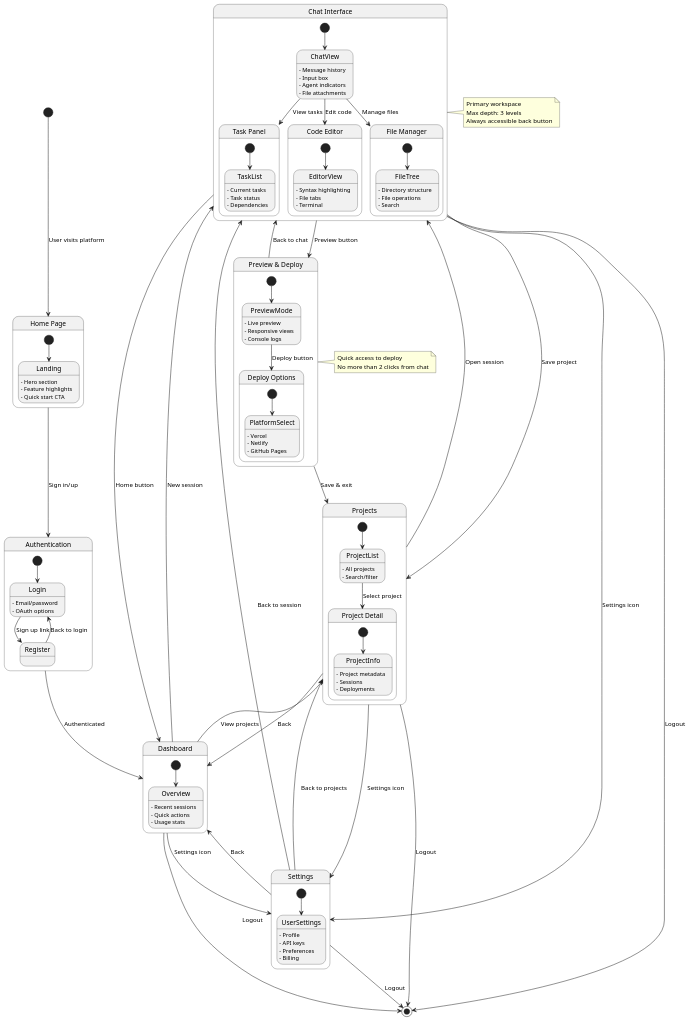
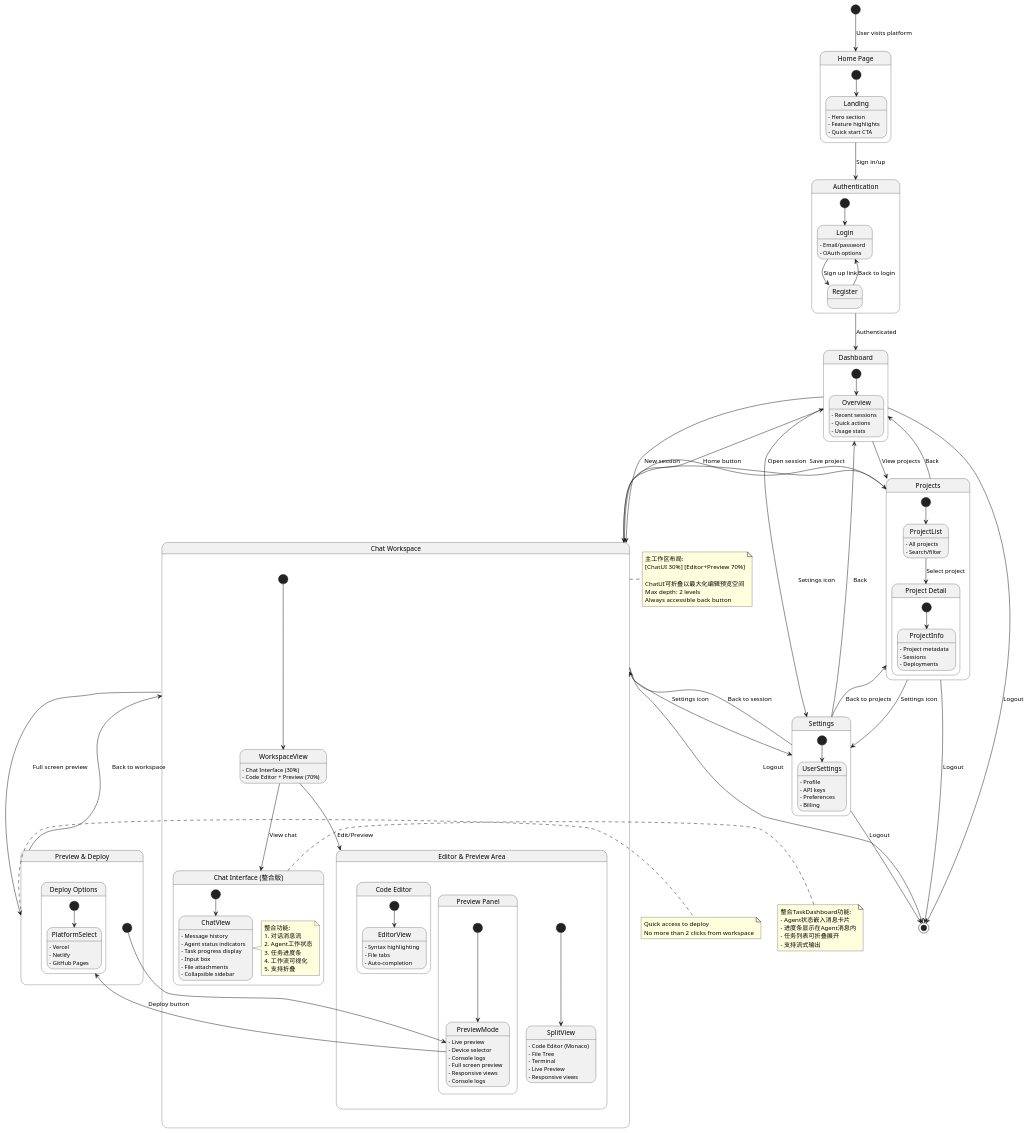
Before and after one commit to easysir/mgx-demo: the diagram in docs/design/ui_navigation.plantuml, drawn with PlantUML. The commit also changed 6 other files, not shown here.

Commit message:
更新设计文档与UML图

```diff
--- a/docs/design/ui_navigation.plantuml
+++ b/docs/design/ui_navigation.plantuml
@@ -1,139 +1,167 @@
 @startuml MGX_MVP_UI_Navigation
 
 [*] --> Home : User visits platform
 
 state "Home Page" as Home {
     [*] --> Landing
     Landing : - Hero section
     Landing : - Feature highlights
     Landing : - Quick start CTA
 }
 
 state "Authentication" as Auth {
     [*] --> Login
     Login : - Email/password
     Login : - OAuth options
     Login --> Register : Sign up link
     Register --> Login : Back to login
 }
 
 state "Dashboard" as Dashboard {
     [*] --> Overview
     Overview : - Recent sessions
     Overview : - Quick actions
     Overview : - Usage stats
 }
 
-state "Chat Interface" as Chat {
-    [*] --> ChatView
-    ChatView : - Message history
-    ChatView : - Input box
-    ChatView : - Agent indicators
-    ChatView : - File attachments
+state "Chat Workspace" as ChatWorkspace {
+    [*] --> WorkspaceView
+    WorkspaceView : - Chat Interface (30%)
+    WorkspaceView : - Code Editor + Preview (70%)
     
-    ChatView --> TaskPanel : View tasks
-    ChatView --> CodeEditor : Edit code
-    ChatView --> FileManager : Manage files
-    
-    state "Task Panel" as TaskPanel {
-        [*] --> TaskList
-        TaskList : - Current tasks
-        TaskList : - Task status
-        TaskList : - Dependencies
+    state "Chat Interface (整合版)" as ChatInterface {
+        [*] --> ChatView
+        ChatView : - Message history
+        ChatView : - Agent status indicators
+        ChatView : - Task progress display
+        ChatView : - Input box
+        ChatView : - File attachments
+        ChatView : - Collapsible sidebar
+        
+        note right of ChatView
+            整合功能:
+            1. 对话消息流
+            2. Agent工作状态
+            3. 任务进度条
+            4. 工作流可视化
+            5. 支持折叠
+        end note
     }
     
-    state "Code Editor" as CodeEditor {
-        [*] --> EditorView
-        EditorView : - Syntax highlighting
-        EditorView : - File tabs
-        EditorView : - Terminal
+    state "Editor & Preview Area" as EditorPreview {
+        [*] --> SplitView
+        SplitView : - Code Editor (Monaco)
+        SplitView : - File Tree
+        SplitView : - Terminal
+        SplitView : - Live Preview
+        SplitView : - Responsive views
+        
+        state "Code Editor" as CodeEditor {
+            [*] --> EditorView
+            EditorView : - Syntax highlighting
+            EditorView : - File tabs
+            EditorView : - Auto-completion
+        }
+        
+        state "Preview Panel" as PreviewPanel {
+            [*] --> PreviewMode
+            PreviewMode : - Live preview
+            PreviewMode : - Device selector
+            PreviewMode : - Console logs
+        }
     }
     
-    state "File Manager" as FileManager {
-        [*] --> FileTree
-        FileTree : - Directory structure
-        FileTree : - File operations
-        FileTree : - Search
-    }
+    WorkspaceView --> ChatInterface : View chat
+    WorkspaceView --> EditorPreview : Edit/Preview
 }
 
 state "Preview & Deploy" as Preview {
     [*] --> PreviewMode
-    PreviewMode : - Live preview
+    PreviewMode : - Full screen preview
     PreviewMode : - Responsive views
     PreviewMode : - Console logs
     
     PreviewMode --> DeployOptions : Deploy button
     
     state "Deploy Options" as DeployOptions {
         [*] --> PlatformSelect
         PlatformSelect : - Vercel
         PlatformSelect : - Netlify
         PlatformSelect : - GitHub Pages
     }
 }
 
 state "Projects" as Projects {
     [*] --> ProjectList
     ProjectList : - All projects
     ProjectList : - Search/filter
     ProjectList --> ProjectDetail : Select project
     
     state "Project Detail" as ProjectDetail {
         [*] --> ProjectInfo
         ProjectInfo : - Project metadata
         ProjectInfo : - Sessions
         ProjectInfo : - Deployments
     }
 }
 
 state "Settings" as Settings {
     [*] --> UserSettings
     UserSettings : - Profile
     UserSettings : - API keys
     UserSettings : - Preferences
     UserSettings : - Billing
 }
 
 ' Main navigation flow
 Home --> Auth : Sign in/up
 Auth --> Dashboard : Authenticated
 
-Dashboard --> Chat : New session
+Dashboard --> ChatWorkspace : New session
 Dashboard --> Projects : View projects
 Dashboard --> Settings : Settings icon
 
-Chat --> Preview : Preview button
-Chat --> Dashboard : Home button
-Chat --> Projects : Save project
-Chat --> Settings : Settings icon
+ChatWorkspace --> Preview : Full screen preview
+ChatWorkspace --> Dashboard : Home button
+ChatWorkspace --> Projects : Save project
+ChatWorkspace --> Settings : Settings icon
 
-Preview --> Chat : Back to chat
-Preview --> Projects : Save & exit
+Preview --> ChatWorkspace : Back to workspace
 
-Projects --> Chat : Open session
+Projects --> ChatWorkspace : Open session
 Projects --> Dashboard : Back
 Projects --> Settings : Settings icon
 
 Settings --> Dashboard : Back
-Settings --> Chat : Back to session
+Settings --> ChatWorkspace : Back to session
 Settings --> Projects : Back to projects
 
 ' Quick actions from any state
-Chat --> [*] : Logout
+ChatWorkspace --> [*] : Logout
 Dashboard --> [*] : Logout
 Projects --> [*] : Logout
 Settings --> [*] : Logout
 
-note right of Chat
-    Primary workspace
-    Max depth: 3 levels
+note right of ChatWorkspace
+    主工作区布局:
+    [ChatUI 30%] [Editor+Preview 70%]
+    
+    ChatUI可折叠以最大化编辑预览空间
+    Max depth: 2 levels
     Always accessible back button
+end note
+
+note right of ChatInterface
+    整合TaskDashboard功能:
+    - Agent状态嵌入消息卡片
+    - 进度条显示在Agent消息内
+    - 任务列表可折叠展开
+    - 支持流式输出
 end note
 
 note right of Preview
     Quick access to deploy
-    No more than 2 clicks from chat
+    No more than 2 clicks from workspace
 end note
 
 @enduml
```
